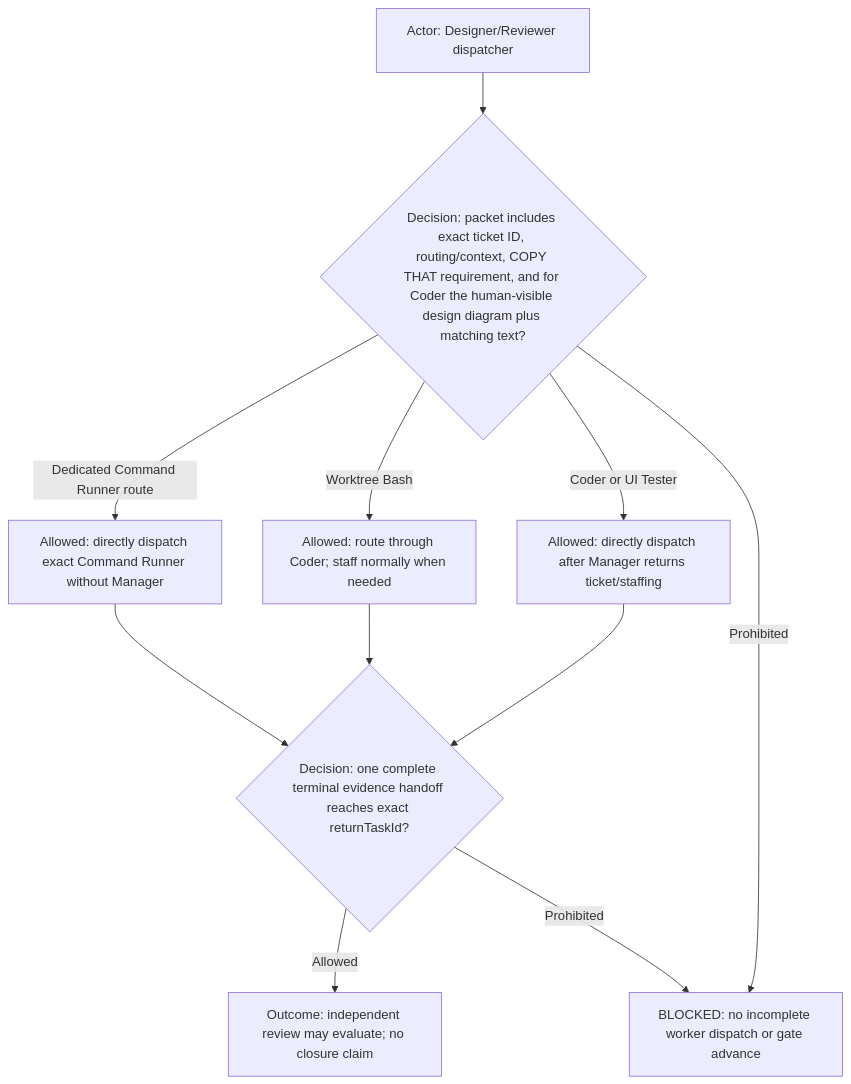
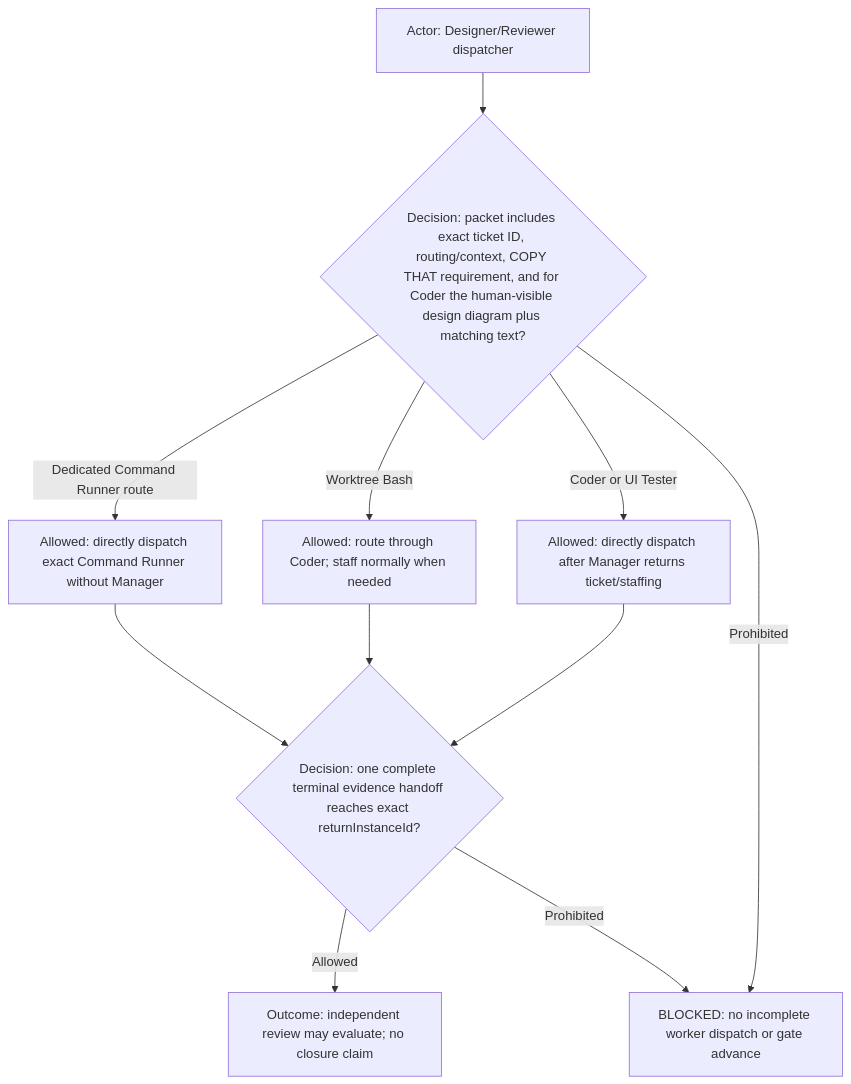
Before and after one commit to starodubtsevconsulting/ai-fleas: diagram 16 of 21 in ai-workflows/_common/roles/designer-reviewer.md, drawn with Mermaid. The commit also changed other lines of this file and 15 other files, not shown here.

````diff
--- a/ai-workflows/_common/roles/designer-reviewer.md
+++ b/ai-workflows/_common/roles/designer-reviewer.md
@@ -379,13 +379,13 @@
 ```mermaid
 flowchart TD
   Actor["Actor: Designer/Reviewer dispatcher"] --> Decision{"Decision: packet includes exact ticket ID, routing/context, COPY THAT requirement, and for Coder the human-visible design diagram plus matching text?"}
   Decision -->|Dedicated Command Runner route| Direct["Allowed: directly dispatch exact Command Runner without Manager"]
   Decision -->|Worktree Bash| Coder["Allowed: route through Coder; staff normally when needed"]
   Decision -->|Coder or UI Tester| Route["Allowed: directly dispatch after Manager returns ticket/staffing"]
   Decision -->|Prohibited| Blocked["BLOCKED: no incomplete worker dispatch or gate advance"]
-  Direct --> Evidence{"Decision: one complete terminal evidence handoff reaches exact returnTaskId?"}
+  Direct --> Evidence{"Decision: one complete terminal evidence handoff reaches exact returnInstanceId?"}
   Coder --> Evidence
-  Route --> Evidence{"Decision: one complete terminal evidence handoff reaches exact returnTaskId?"}
+  Route --> Evidence{"Decision: one complete terminal evidence handoff reaches exact returnInstanceId?"}
   Evidence -->|Allowed| Outcome["Outcome: independent review may evaluate; no closure claim"]
   Evidence -->|Prohibited| Blocked
 ```
````
